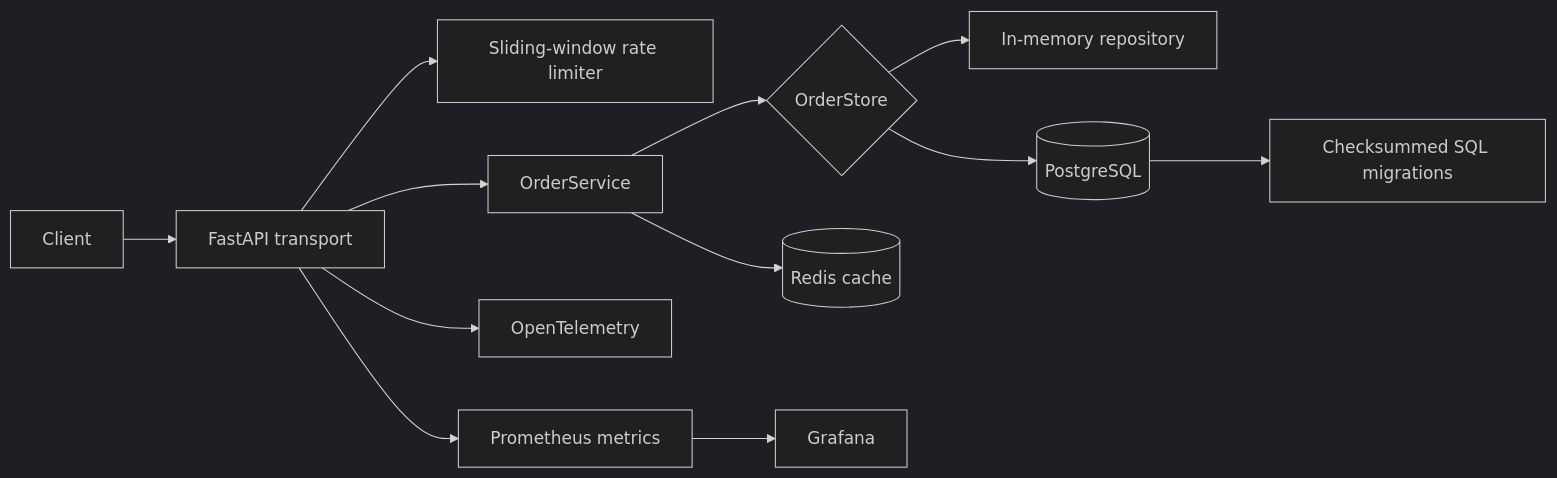
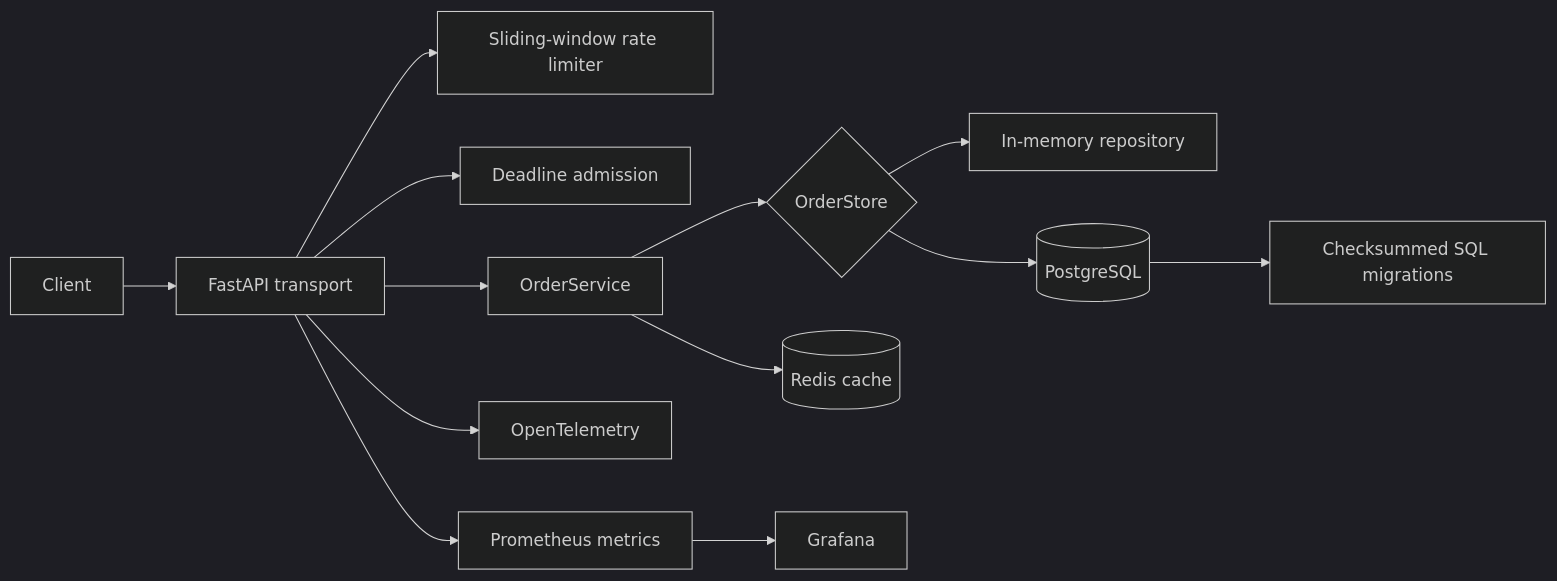
One commit to cagataykavas/api-backend-engineering changed the diagram in README.md. Above: the diagram before and after it, drawn with Mermaid (dark theme). The commit also changed other lines of this file and 5 other files, not shown here.

````diff
--- a/README.md
+++ b/README.md
@@ -9,14 +9,15 @@
 ```mermaid
 flowchart LR
     C[Client] --> API[FastAPI transport]
     API --> RL[Sliding-window rate limiter]
+    API --> DL[Deadline admission]
     API --> S[OrderService]
     S --> P{OrderStore}
     P --> M[In-memory repository]
     P --> PG[(PostgreSQL)]
     S --> R[(Redis cache)]
     PG --> MIG[Checksummed SQL migrations]
     API --> OT[OpenTelemetry]
     API --> PM[Prometheus metrics]
     PM --> G[Grafana]
 ```
````
